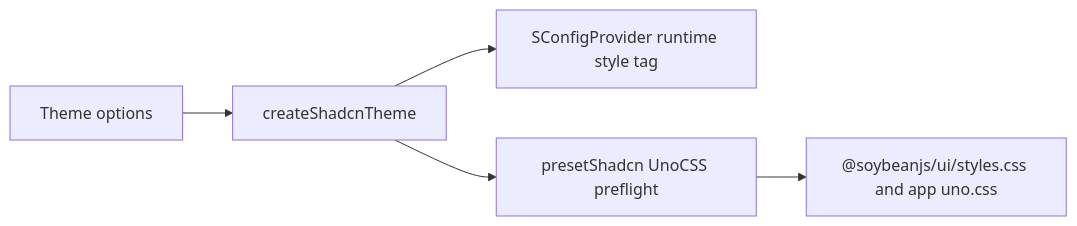
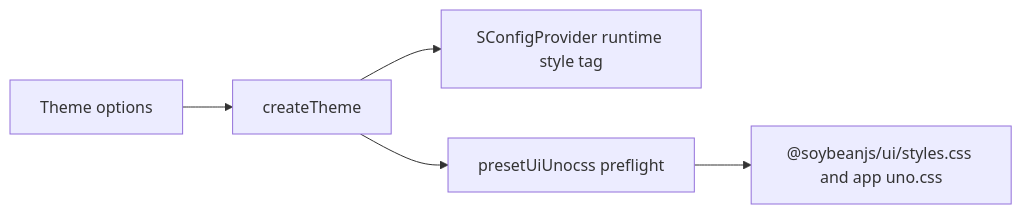
One commit to soybeanjs/soybean-ui changed the second of 3 diagrams in docs/architecture.md. Above: the diagram before and after it, drawn with Mermaid. The commit also changed other lines of this file and 61 other files, not shown here.

````diff
--- a/docs/architecture.md
+++ b/docs/architecture.md
@@ -218,7 +218,7 @@
 ```mermaid
 flowchart LR
-  Options[Theme options] --> Generator[createShadcnTheme]
+  Options[Theme options] --> Generator[createTheme]
   Generator --> Runtime[SConfigProvider runtime style tag]
-  Generator --> Preset[presetShadcn UnoCSS preflight]
+  Generator --> Preset[presetUiUnocss preflight]
   Preset --> CSS["@soybeanjs/ui/styles.css and app uno.css"]
 ```
````
